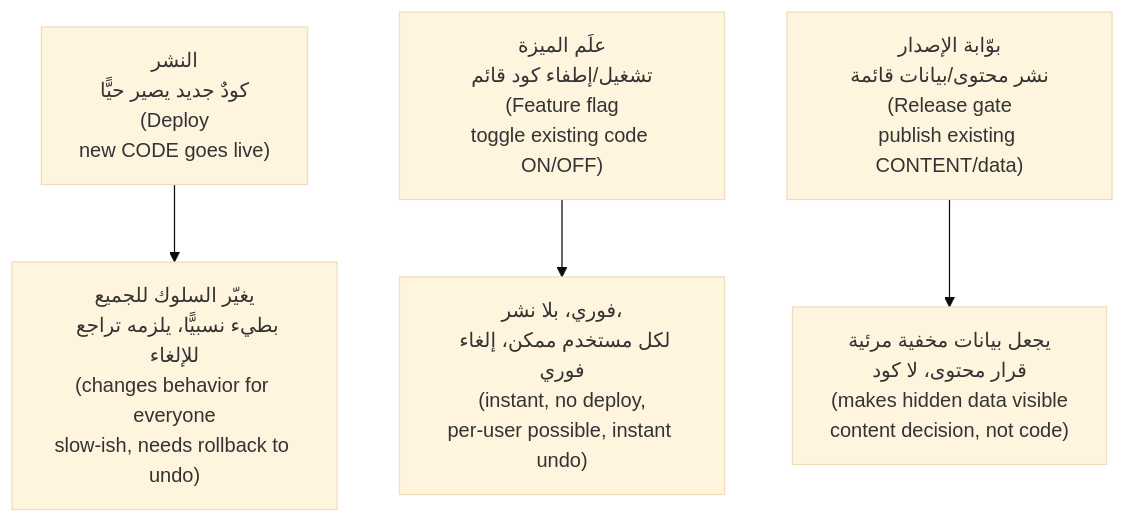
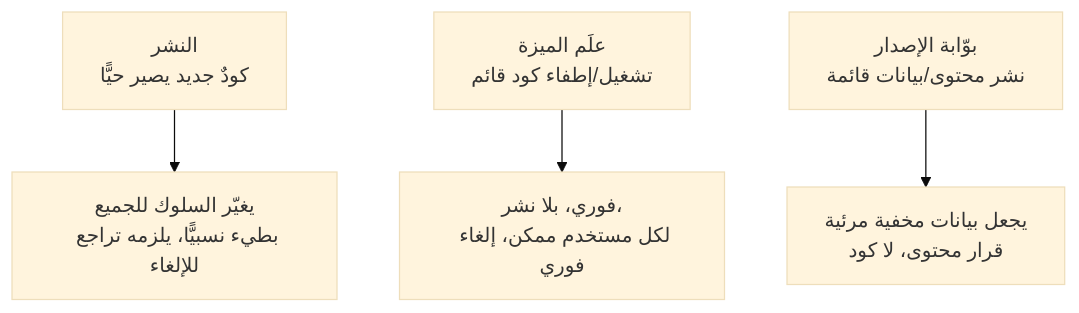
One commit to Tamoura/system-design-for-vibe-coders changed the fourth of 5 diagrams in modules/04-deploys/module.ar.md. Above: the diagram before and after it, drawn with Mermaid (base theme). The commit also changed other lines of this file and 551 other files, not shown here.

````diff
--- a/modules/04-deploys/module.ar.md
+++ b/modules/04-deploys/module.ar.md
@@ -341,6 +341,6 @@
 ```mermaid
 flowchart TD
-    D["النشر<br/>كودٌ جديد يصير حيًّا<br/>(Deploy<br/>new CODE goes live)"] --> DN["يغيّر السلوك للجميع<br/>بطيء نسبيًّا، يلزمه تراجع للإلغاء<br/>(changes behavior for everyone<br/>slow-ish, needs rollback to undo)"]
-    F["علَم الميزة<br/>تشغيل/إطفاء كود قائم<br/>(Feature flag<br/>toggle existing code ON/OFF)"] --> FN["فوري، بلا نشر،<br/>لكل مستخدم ممكن، إلغاء فوري<br/>(instant, no deploy,<br/>per-user possible, instant undo)"]
-    R["بوّابة الإصدار<br/>نشر محتوى/بيانات قائمة<br/>(Release gate<br/>publish existing CONTENT/data)"] --> RN["يجعل بيانات مخفية مرئية<br/>قرار محتوى، لا كود<br/>(makes hidden data visible<br/>content decision, not code)"]
+    D["النشر<br/>كودٌ جديد يصير حيًّا"] --> DN["يغيّر السلوك للجميع<br/>بطيء نسبيًّا، يلزمه تراجع للإلغاء"]
+    F["علَم الميزة<br/>تشغيل/إطفاء كود قائم"] --> FN["فوري، بلا نشر،<br/>لكل مستخدم ممكن، إلغاء فوري"]
+    R["بوّابة الإصدار<br/>نشر محتوى/بيانات قائمة"] --> RN["يجعل بيانات مخفية مرئية<br/>قرار محتوى، لا كود"]
 ```
````
